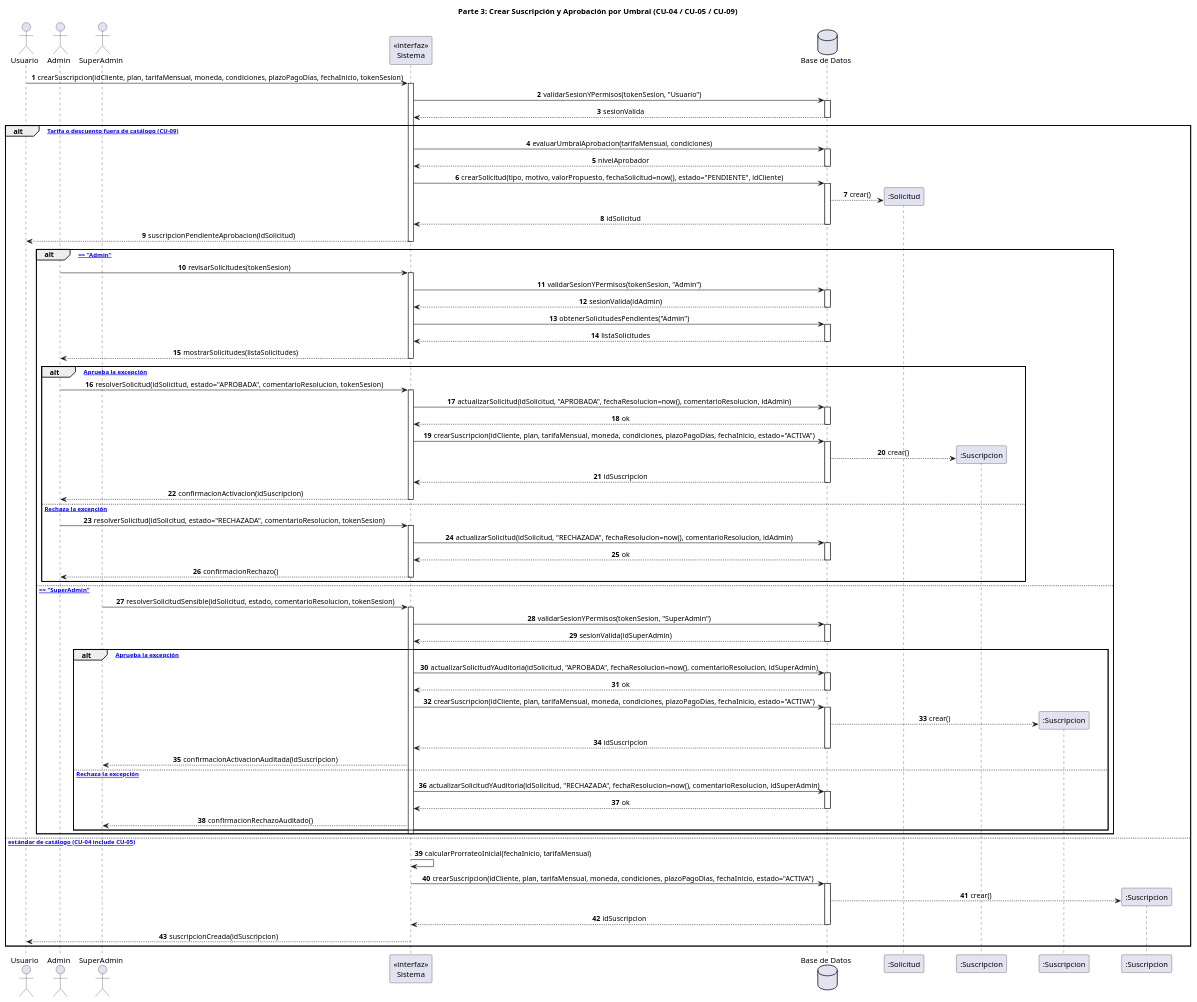
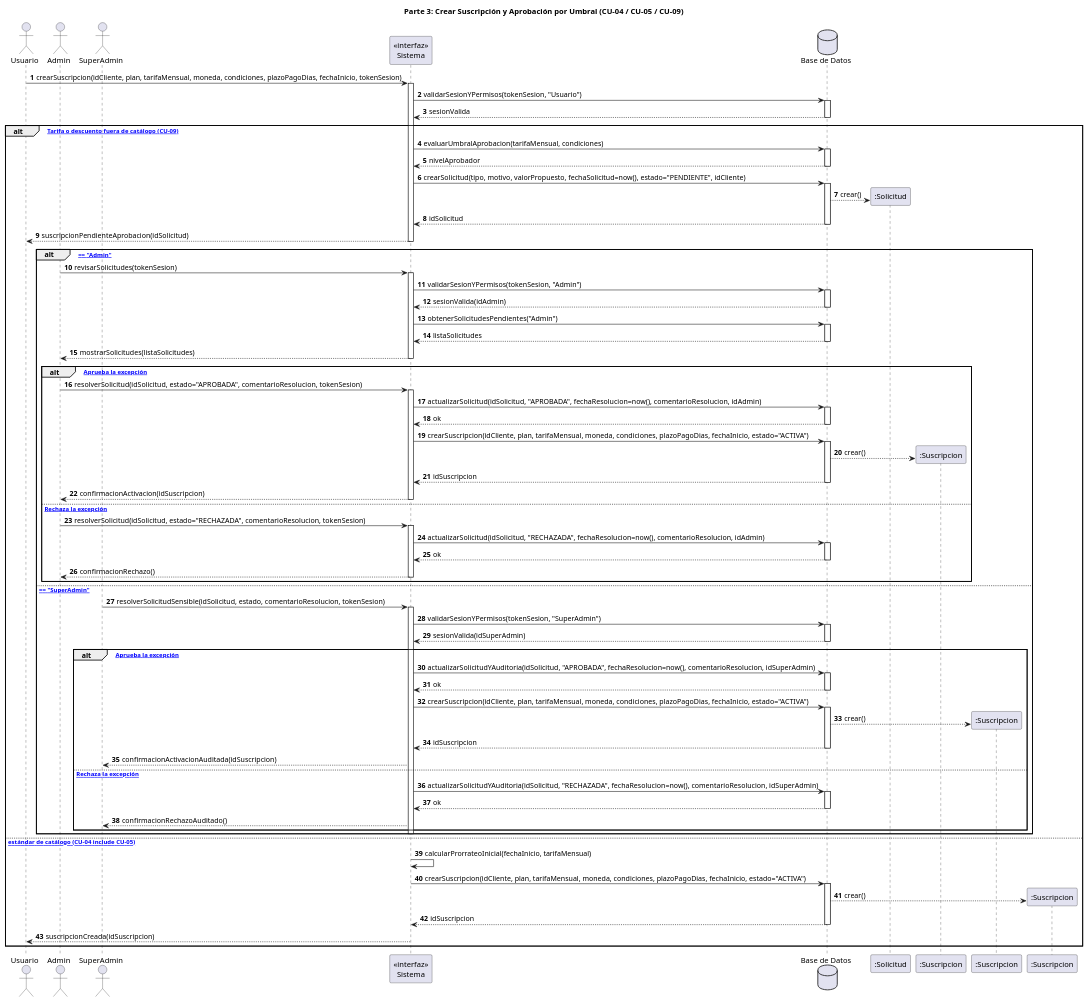
The third of 13 diagrams in diagramas_de_secuencia_Codigo.md (Ragavez/TurbineHuclides), drawn with PlantUML before and after one commit. The commit also changed other lines of this file, not shown here.

```diff
--- a/diagramas_de_secuencia_Codigo.md
+++ b/diagramas_de_secuencia_Codigo.md
@@ -137,9 +133,6 @@
 autonumber
 title Parte 3: Crear Suscripción y Aprobación por Umbral (CU-04 / CU-05 / CU-09)
 
-skinparam sequenceMessageAlign center
-skinparam ParticipantPadding 25
-skinparam BoxPadding 15
 
 actor "Usuario" as Operativo
 actor "Admin" as Admin
```
